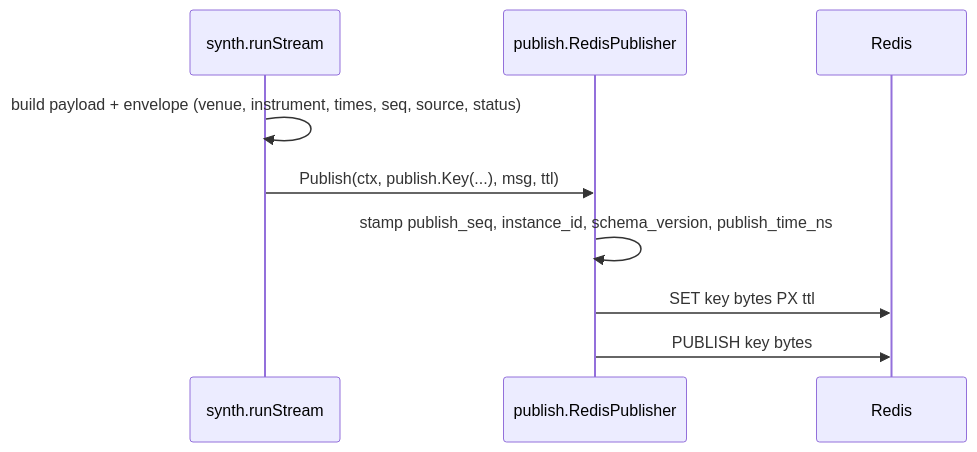
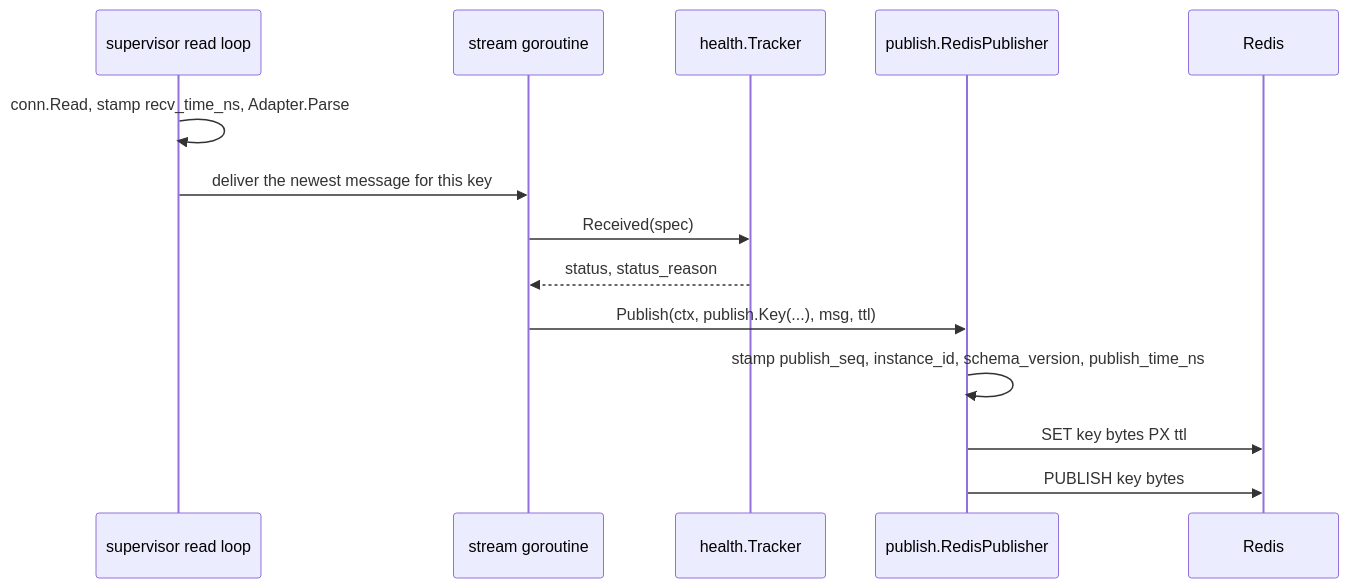
One commit to mrfatolahi1/Manooch changed the second of 2 diagrams in docs/architecture.md. Above: the diagram before and after it, drawn with Mermaid. The commit also changed other lines of this file and 10 other files, not shown here.

First line of the commit message:
docs: update architecture, transport and the rest for M2

````diff
--- a/docs/architecture.md
+++ b/docs/architecture.md
@@ -48,11 +79,16 @@
 ```mermaid
 sequenceDiagram
-  participant S as synth.runStream
+  participant L as supervisor read loop
+  participant S as stream goroutine
+  participant H as health.Tracker
   participant P as publish.RedisPublisher
   participant R as Redis
-  S->>S: build payload + envelope (venue, instrument, times, seq, source, status)
+  L->>L: conn.Read, stamp recv_time_ns, Adapter.Parse
+  L->>S: deliver the newest message for this key
+  S->>H: Received(spec)
+  H-->>S: status, status_reason
   S->>P: Publish(ctx, publish.Key(...), msg, ttl)
   P->>P: stamp publish_seq, instance_id, schema_version, publish_time_ns
   P->>R: SET key bytes PX ttl
   P->>R: PUBLISH key bytes
 ```
````
